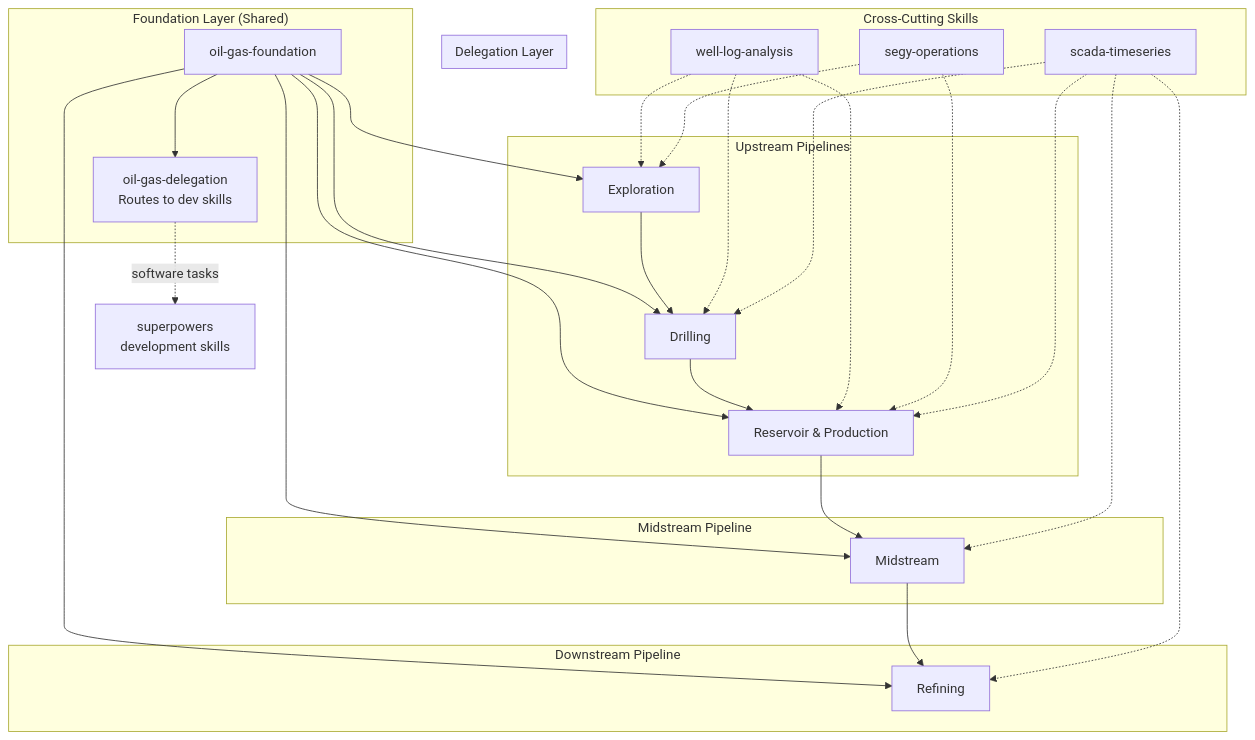
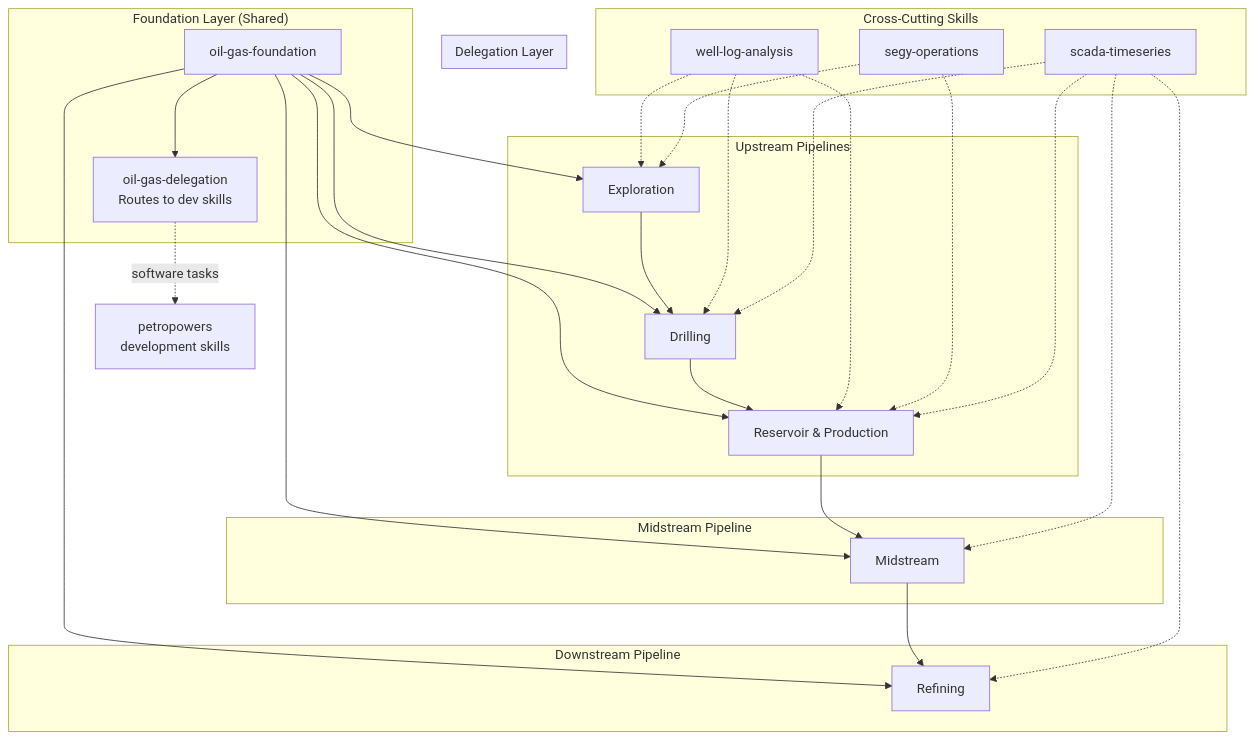
The first of 9 diagrams in docs/oil-gas-pipelines.md (kucherenko/petropowers), drawn with Mermaid before and after one commit. The commit also changed other lines of this file and 36 other files, not shown here.

````diff
--- a/docs/oil-gas-pipelines.md
+++ b/docs/oil-gas-pipelines.md
@@ -29,56 +29,56 @@
 ```mermaid
 graph TB
     subgraph Foundation["Foundation Layer (Shared)"]
         F[oil-gas-foundation]
         F --> D
     end
     
     subgraph Delegation["Delegation Layer"]
         D[oil-gas-delegation<br/>Routes to dev skills]
     end
     
     subgraph Upstream["Upstream Pipelines"]
         E[Exploration]
         DRL[Drilling]
         RP[Reservoir & Production]
     end
     
     subgraph Midstream["Midstream Pipeline"]
         MID[Midstream]
     end
     
     subgraph Downstream["Downstream Pipeline"]
         REF[Refining]
     end
     
     subgraph CrossCutting["Cross-Cutting Skills"]
         WLA[well-log-analysis]
         SEGY[segy-operations]
         SCADA[scada-timeseries]
     end
     
-    D -.->|software tasks| DEV[superpowers<br/>development skills]
+    D -.->|software tasks| DEV[petropowers<br/>development skills]
     
     F --> E
     F --> DRL
     F --> RP
     F --> MID
     F --> REF
     
     E --> DRL
     DRL --> RP
     RP --> MID
     MID --> REF
     
     WLA -.-> E
     WLA -.-> DRL
     WLA -.-> RP
     
     SEGY -.-> E
     SEGY -.-> RP
     
     SCADA -.-> DRL
     SCADA -.-> RP
     SCADA -.-> MID
     SCADA -.-> REF
 ```
````
